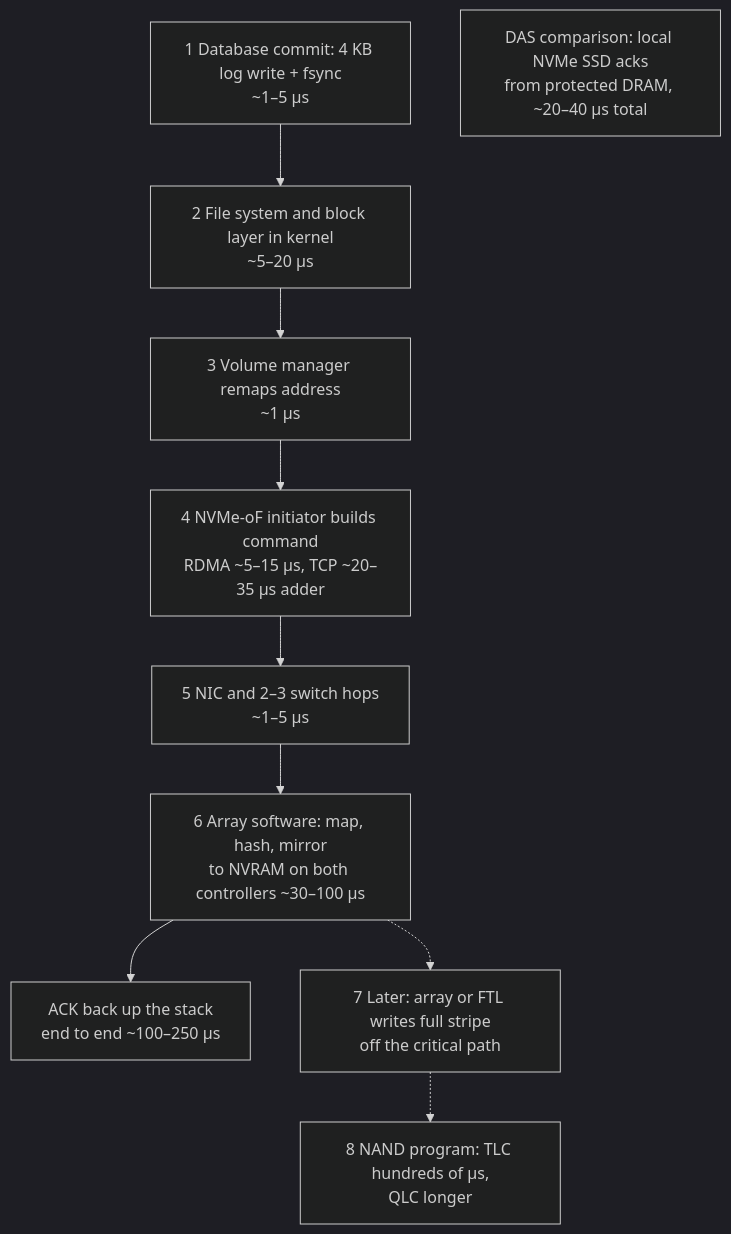
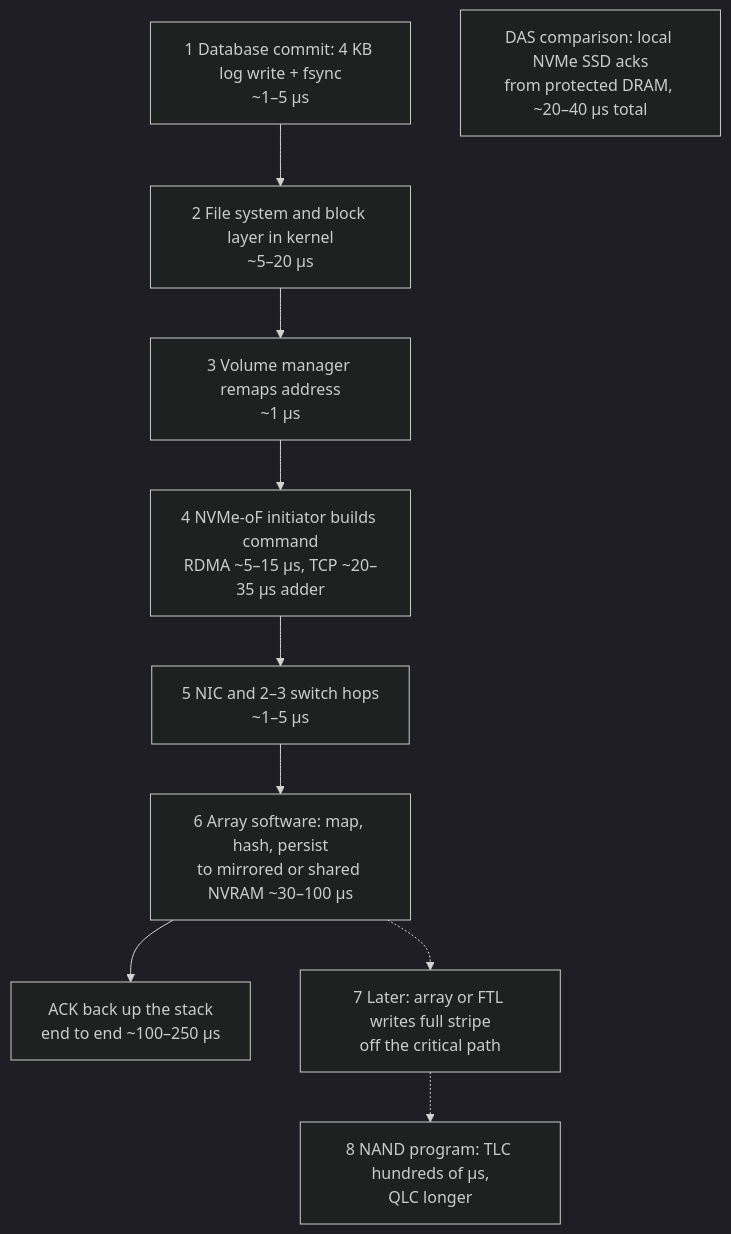
The first of 2 diagrams in docs/03-system-architecture/13-storage-stack.md (FrankHuang94/storage-_db_claude), drawn with Mermaid (dark theme) before and after one commit. The commit also changed other lines of this file and 20 other files, not shown here.

````diff
--- a/docs/03-system-architecture/13-storage-stack.md
+++ b/docs/03-system-architecture/13-storage-stack.md
@@ -45,12 +45,12 @@
 ```mermaid
 flowchart TD
     A["1 Database commit: 4 KB log write + fsync<br/>~1–5 µs"] --> B["2 File system and block layer in kernel<br/>~5–20 µs"]
     B --> C["3 Volume manager remaps address<br/>~1 µs"]
     C --> D["4 NVMe-oF initiator builds command<br/>RDMA ~5–15 µs, TCP ~20–35 µs adder"]
     D --> E["5 NIC and 2–3 switch hops<br/>~1–5 µs"]
-    E --> F["6 Array software: map, hash, mirror<br/>to NVRAM on both controllers ~30–100 µs"]
+    E --> F["6 Array software: map, hash, persist<br/>to mirrored or shared NVRAM ~30–100 µs"]
     F --> G["ACK back up the stack<br/>end to end ~100–250 µs"]
     F -.-> H["7 Later: array or FTL writes full stripe<br/>off the critical path"]
     H -.-> I["8 NAND program: TLC hundreds of µs,<br/>QLC longer"]
     J["DAS comparison: local NVMe SSD acks<br/>from protected DRAM, ~20–40 µs total"]
 ```
````
